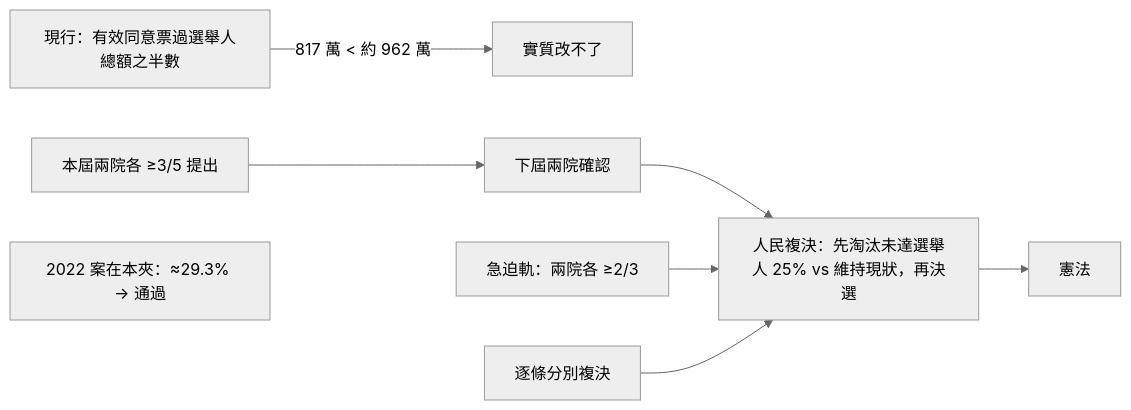
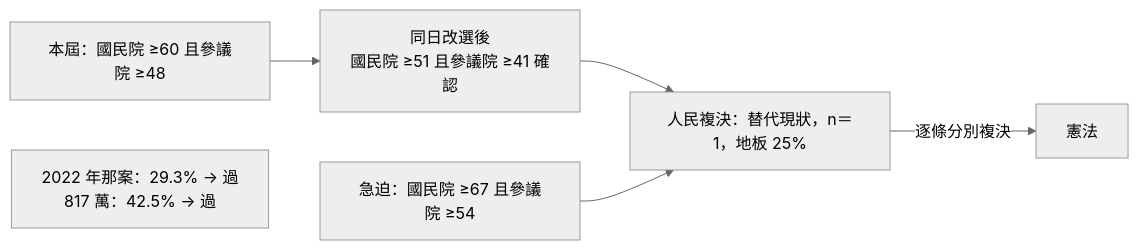
The sixth of 8 diagrams in topics/regime-designs/designs/台灣/兩院議會制/憲政架構圖.md (IRonROOT578/Political-Economy-Research-Public), drawn with Mermaid (neutral theme) before and after one commit. The commit also changed other lines of this file and 241 other files, not shown here.

````diff
--- a/topics/regime-designs/designs/台灣/兩院議會制/憲政架構圖.md
+++ b/topics/regime-designs/designs/台灣/兩院議會制/憲政架構圖.md
@@ -109,10 +81,8 @@
 ```mermaid
 flowchart LR
-  Now[現行：有效同意票過選舉人總額之半數] -->|817 萬 < 約 962 萬| Fail[實質改不了]
-  P1[本屆兩院各 ≥3/5 提出] --> P2[下屆兩院確認]
-  P2 --> P3[人民複決：先淘汰未達選舉人 25% vs 維持現狀，再決選]
-  P3 --> Const[憲法]
-  U1[急迫軌：兩院各 ≥2/3] --> P3
-  Split[逐條分別複決] --> P3
-  Check[2022 案在本夾：≈29.3% → 通過]
+  P1[本屆：國民院 ≥60 且參議院 ≥48] --> P2[同日改選後<br/>國民院 ≥51 且參議院 ≥41 確認]
+  P2 --> Ref[人民複決：替代現狀，n＝1，地板 25%]
+  U[急迫：國民院 ≥67 且參議院 ≥54] --> Ref
+  Ref -->|逐條分別複決| C[憲法]
+  Check[2022 年那案：29.3% → 過<br/>817 萬：42.5% → 過]
 ```
````
